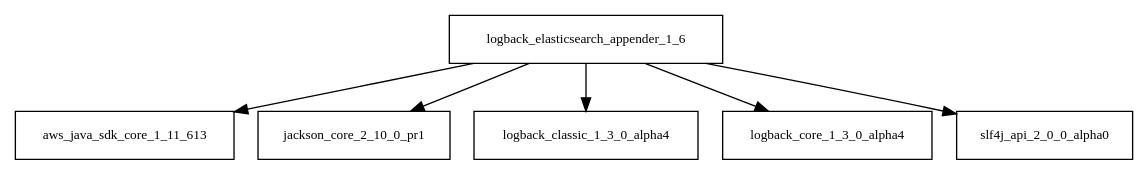
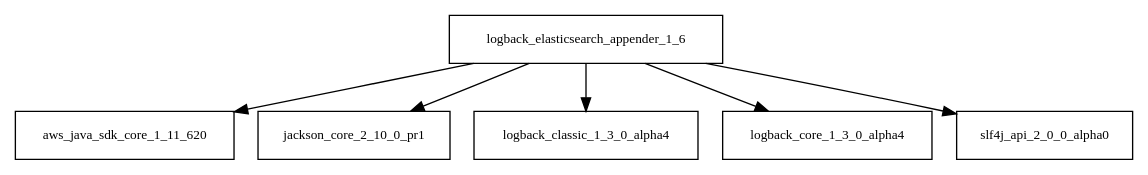
One commit to Hack23/cia changed the diagram in tattleTaleReport/graphviz/logback-elasticsearch-appender-1.6.jar/logback-elasticsearch-appender-1.6.jar.dot. Above: the diagram before and after it, drawn with Graphviz. The commit also changed 2280 other files, not shown here.

```diff
--- a/tattleTaleReport/graphviz/logback-elasticsearch-appender-1.6.jar/logback-elasticsearch-appender-1.6.jar.dot
+++ b/tattleTaleReport/graphviz/logback-elasticsearch-appender-1.6.jar/logback-elasticsearch-appender-1.6.jar.dot
@@ -1,8 +1,8 @@
 digraph logback_elasticsearch_appender_1_6_dependencies {
   node [shape = box, fontsize=10.0];
-  logback_elasticsearch_appender_1_6 -> aws_java_sdk_core_1_11_613;
+  logback_elasticsearch_appender_1_6 -> aws_java_sdk_core_1_11_620;
   logback_elasticsearch_appender_1_6 -> jackson_core_2_10_0_pr1;
   logback_elasticsearch_appender_1_6 -> logback_classic_1_3_0_alpha4;
   logback_elasticsearch_appender_1_6 -> logback_core_1_3_0_alpha4;
   logback_elasticsearch_appender_1_6 -> slf4j_api_2_0_0_alpha0;
 }
```
